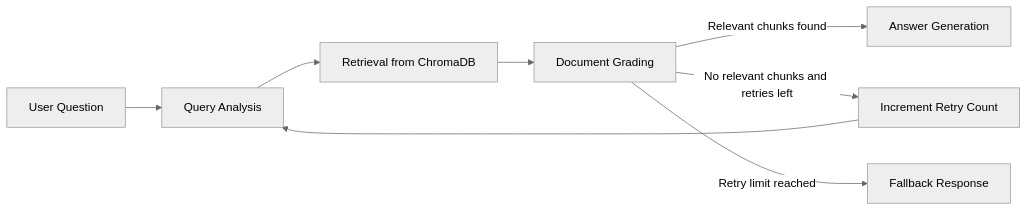
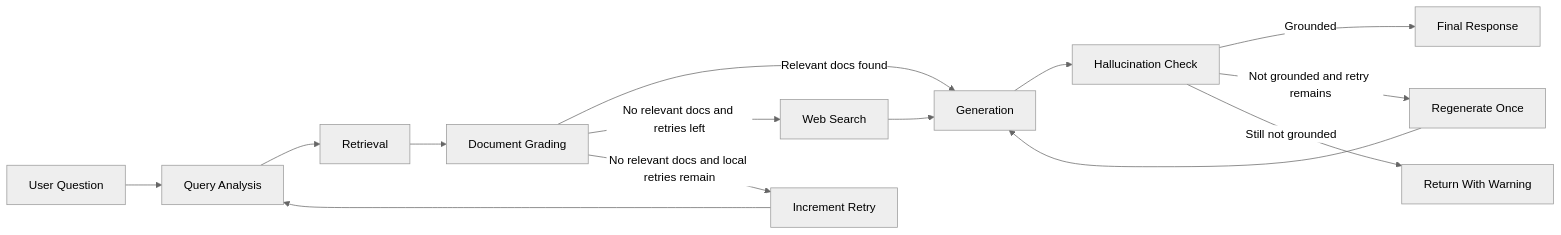
The diagram in README.md (Rohitdesu/RAG---Based-Technical-Documentation-Assistant), drawn with Mermaid (neutral theme) before and after one commit. The commit also changed other lines of this file and 21 other files, not shown here.

````diff
--- a/README.md
+++ b/README.md
@@ -27,10 +31,16 @@
 ```mermaid
 flowchart LR
     A["User Question"] --> B["Query Analysis"]
-    B --> C["Retrieval from ChromaDB"]
+    B --> C["Retrieval"]
     C --> D["Document Grading"]
-    D -->|"Relevant chunks found"| E["Answer Generation"]
-    D -->|"No relevant chunks and retries left"| F["Increment Retry Count"]
-    F --> B
-    D -->|"Retry limit reached"| G["Fallback Response"]
+    D -->|"Relevant docs found"| E["Generation"]
+    D -->|"No relevant docs and retries left"| F["Web Search"]
+    D -->|"No relevant docs and local retries remain"| G["Increment Retry"]
+    G --> B
+    F --> E
+    E --> H["Hallucination Check"]
+    H -->|"Grounded"| I["Final Response"]
+    H -->|"Not grounded and retry remains"| J["Regenerate Once"]
+    J --> E
+    H -->|"Still not grounded"| K["Return With Warning"]
 ```
````
